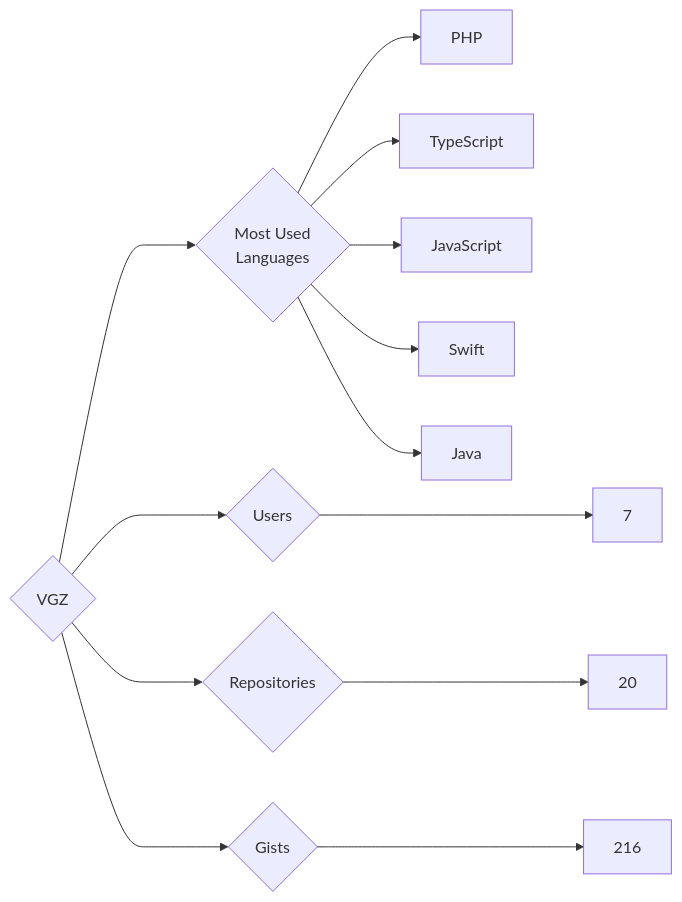
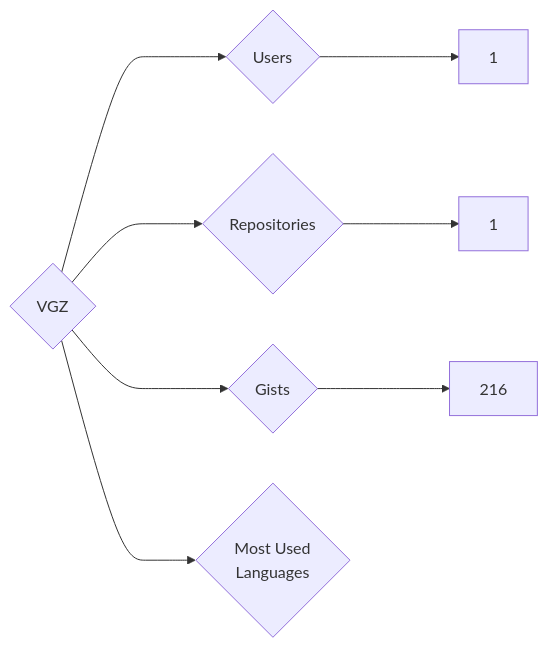
The diagram in targets/VGZ/README.md (trickest/insiders), drawn with Mermaid before and after one commit. The commit also changed 877 other files, not shown here.

````diff
--- a/targets/VGZ/README.md
+++ b/targets/VGZ/README.md
@@ -3,13 +3,8 @@
 ```mermaid
 graph LR
 COMPANY_NAME{VGZ}
-COMPANY_NAME ---> U{Users} ---> UN[7]
-COMPANY_NAME ---> R{Repositories} ---> RN[20]
+COMPANY_NAME ---> U{Users} ---> UN[1]
+COMPANY_NAME ---> R{Repositories} ---> RN[1]
 COMPANY_NAME ---> G{Gists} ---> GN[216]
 COMPANY_NAME ---> ML{Most Used<br>Languages}
-ML --> PHP[PHP]
-ML --> TypeScript[TypeScript]
-ML --> JavaScript[JavaScript]
-ML --> Swift[Swift]
-ML --> Java[Java]
 ```
````
